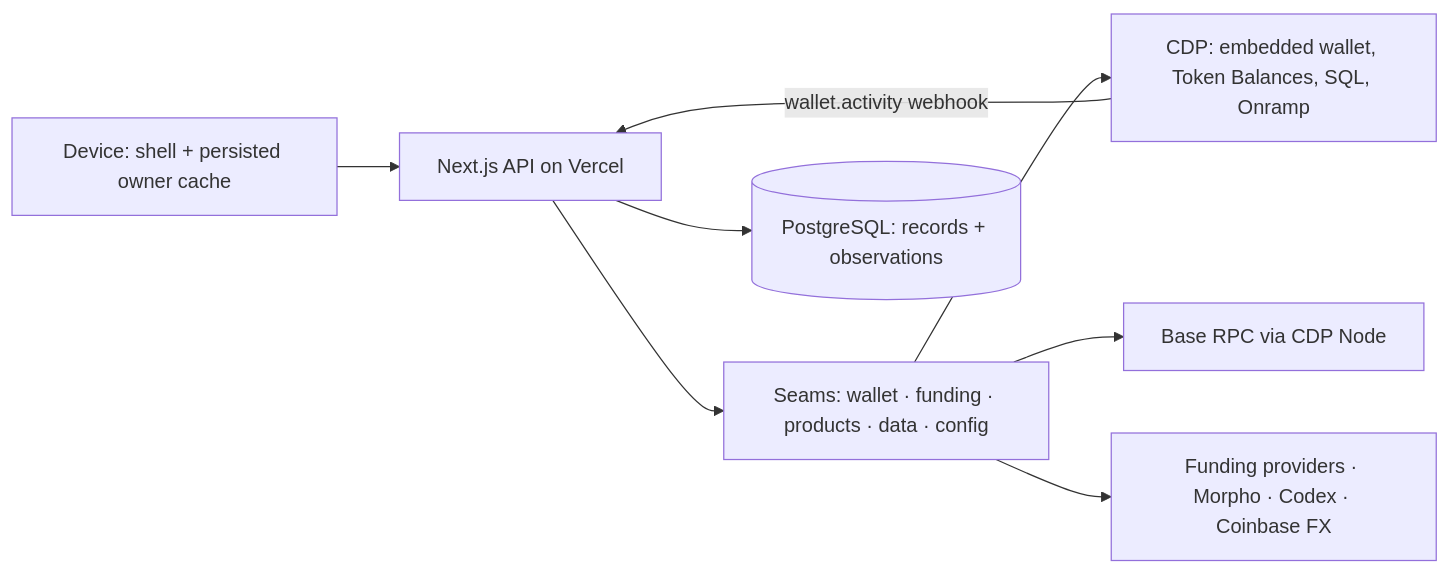
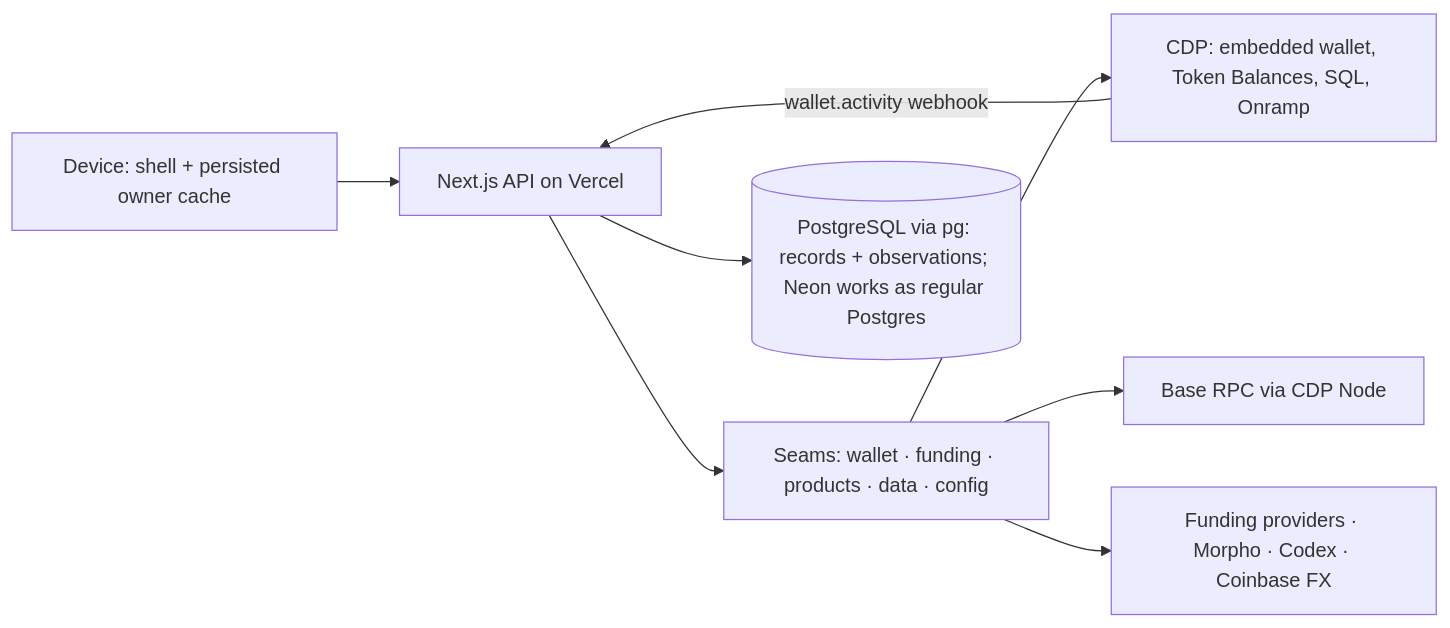
One commit to afrijaldz/home changed the diagram in docs/architecture.md. Above: the diagram before and after it, drawn with Mermaid. The commit also changed other lines of this file and 8 other files, not shown here.

First line of the commit message:
refactor(db): use pg for postgres so local, ci and neon are one path (#289)

````diff
--- a/docs/architecture.md
+++ b/docs/architecture.md
@@ -35,10 +35,10 @@
 ```mermaid
 flowchart LR
   Device[Device: shell + persisted owner cache] --> API[Next.js API on Vercel]
   API --> Seams[Seams: wallet · funding · products · data · config]
   Seams --> CDP[CDP: embedded wallet, Token Balances, SQL, Onramp]
   Seams --> Base[Base RPC via CDP Node]
   Seams --> Providers[Funding providers · Morpho · Codex · Coinbase FX]
-  API --> Postgres[(PostgreSQL: records + observations)]
+  API --> Postgres[(PostgreSQL via pg: records + observations; Neon works as regular Postgres)]
   CDP -- wallet.activity webhook --> API
 ```
````
